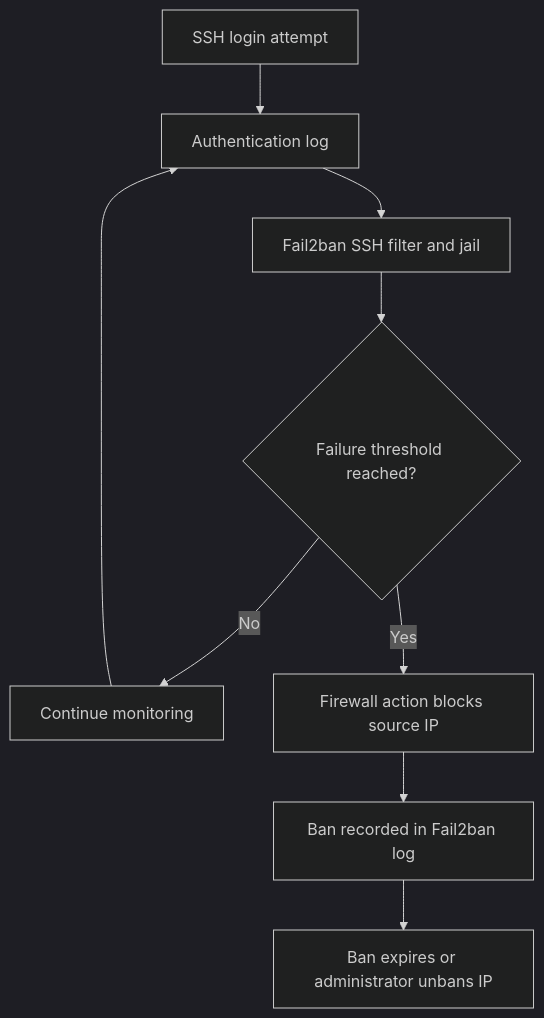
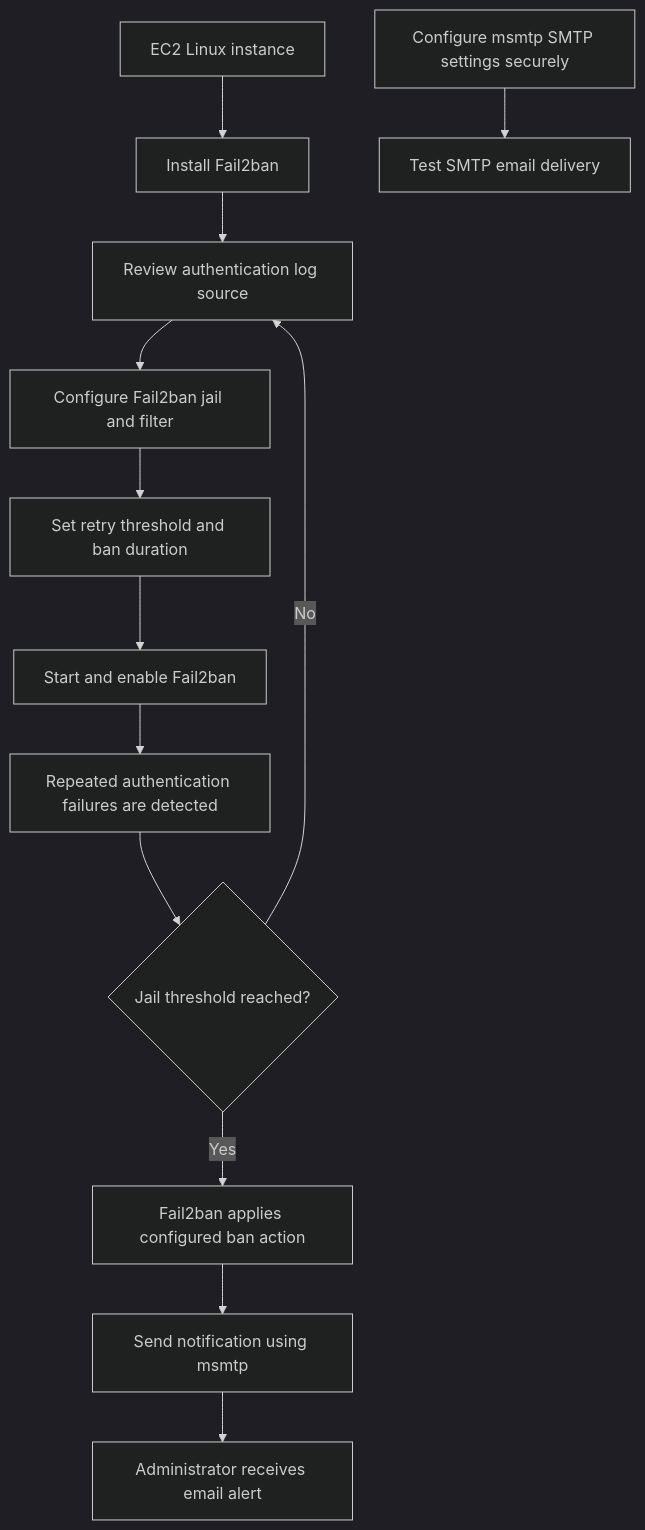
Diagram 11 of 12 in README.md (Viggy06/aws_devops_learning_documentation), drawn with Mermaid (dark theme) before and after one commit. The commit also changed other lines of this file, not shown here.

````diff
--- a/README.md
+++ b/README.md
@@ -277,11 +469,15 @@
 ```mermaid
 flowchart TD
-    A[SSH login attempt] --> B[Authentication log]
-    B --> C[Fail2ban SSH filter and jail]
-    C --> D{Failure threshold reached?}
-    D -- No --> E[Continue monitoring]
-    E --> B
-    D -- Yes --> F[Firewall action blocks source IP]
-    F --> G[Ban recorded in Fail2ban log]
-    G --> H[Ban expires or administrator unbans IP]
+    A[EC2 Linux instance] --> B[Install Fail2ban]
+    B --> C[Review authentication log source]
+    C --> D[Configure Fail2ban jail and filter]
+    D --> E[Set retry threshold and ban duration]
+    E --> F[Start and enable Fail2ban]
+    G[Configure msmtp SMTP settings securely] --> H[Test SMTP email delivery]
+    F --> I[Repeated authentication failures are detected]
+    I --> J{Jail threshold reached?}
+    J -- No --> C
+    J -- Yes --> K[Fail2ban applies configured ban action]
+    K --> L[Send notification using msmtp]
+    L --> M[Administrator receives email alert]
 ```
````
